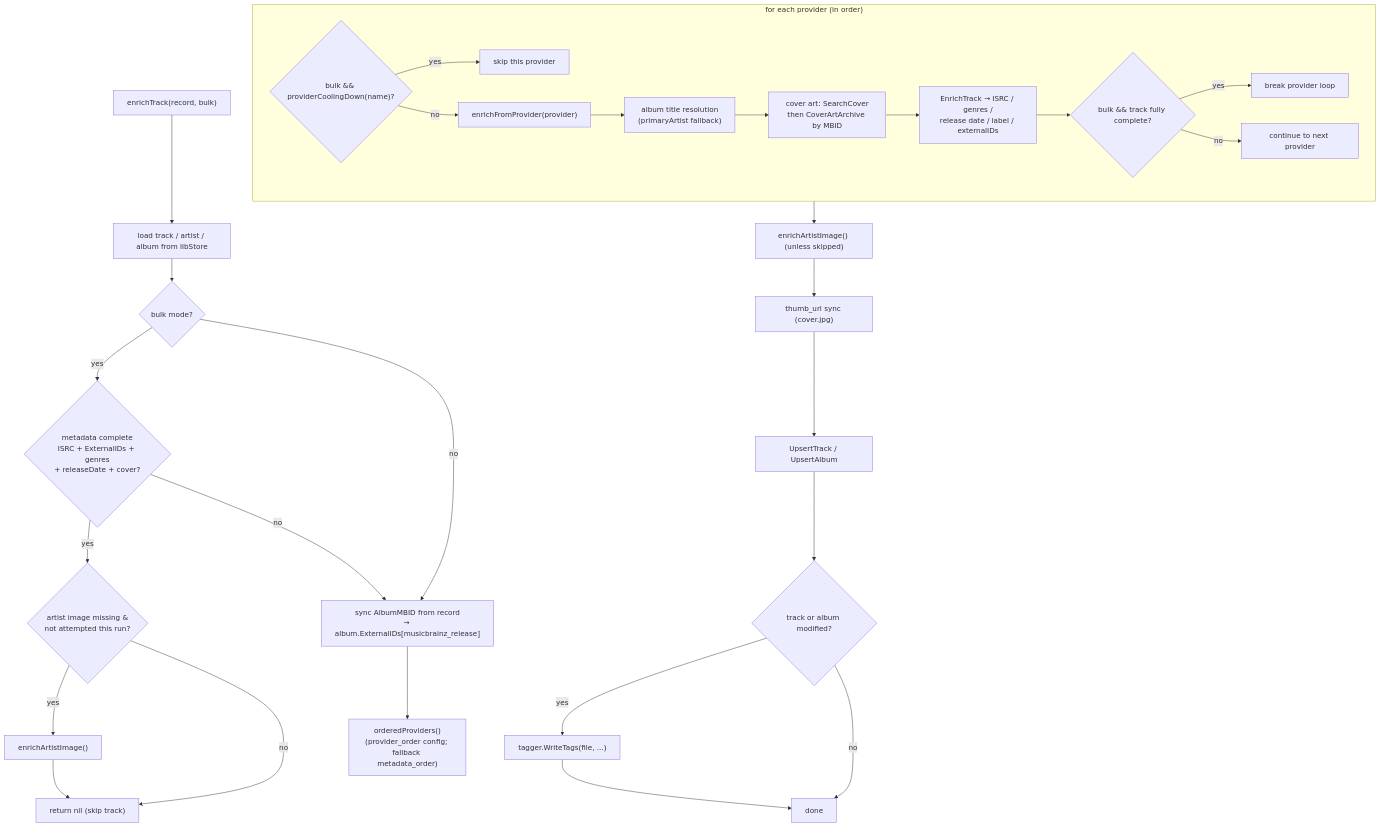
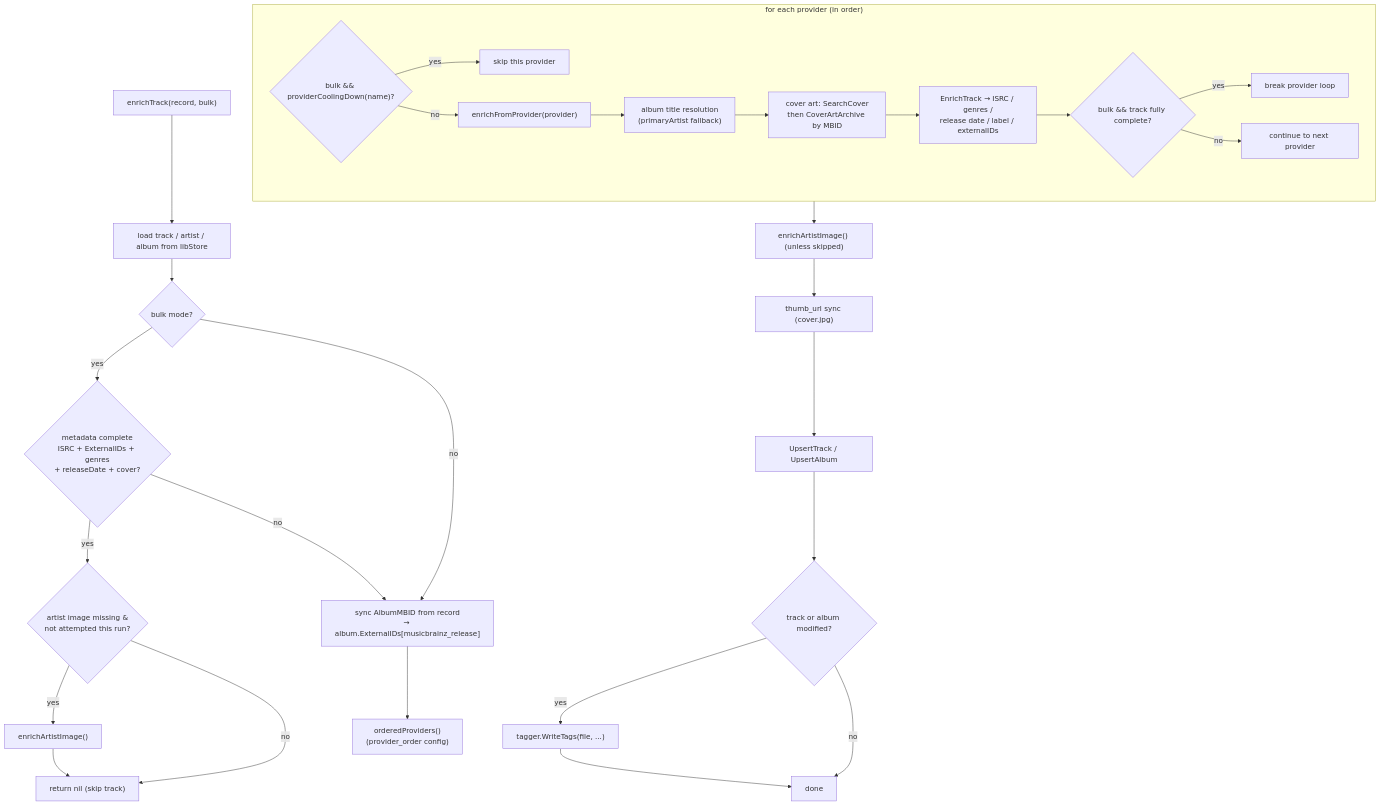
Before and after one commit to ramonskie/groovearr: the first of 2 diagrams in docs/flows/metadata-enrichment.md, drawn with Mermaid. The commit also changed other lines of this file and 31 other files, not shown here.

First line of the commit message:
feat(tracking): auto-acquire wanted albums; unify provider_order

````diff
--- a/docs/flows/metadata-enrichment.md
+++ b/docs/flows/metadata-enrichment.md
@@ -14,35 +14,35 @@
 ```mermaid
 flowchart TD
     ENTER["enrichTrack(record, bulk)"] --> LOAD["load track / artist / album from libStore"]
 
     LOAD --> BULK{"bulk mode?"}
     BULK -- yes --> BK1{"metadata complete<br/>ISRC + ExternalIDs + genres<br/>+ releaseDate + cover?"}
     BK1 -- yes --> BK2{"artist image missing &<br/>not attempted this run?"}
     BK2 -- yes --> BK3["enrichArtistImage()"]
     BK2 -- no --> SKIP["return nil (skip track)"]
     BK3 --> SKIP
     BK1 -- no --> P
     BULK -- no --> P
 
-    P["sync AlbumMBID from record<br/>→ album.ExternalIDs[musicbrainz_release]"] --> ORD["orderedProviders()<br/>(provider_order config; fallback metadata_order)"]
+    P["sync AlbumMBID from record<br/>→ album.ExternalIDs[musicbrainz_release]"] --> ORD["orderedProviders()<br/>(provider_order config)"]
 
     subgraph PROV["for each provider (in order)"]
         PO{"bulk && providerCoolingDown(name)?"}
         PO -- yes --> PSKIP["skip this provider"]
         PO -- no --> P1["enrichFromProvider(provider)"]
         P1 --> P1A["album title resolution<br/>(primaryArtist fallback)"]
         P1A --> P1B["cover art: SearchCover<br/>then CoverArtArchive by MBID"]
         P1B --> P1C["EnrichTrack → ISRC / genres /<br/>release date / label / externalIDs"]
         P1C --> P1D{"bulk && track fully complete?"}
         P1D -- yes --> PBREAK["break provider loop"]
         P1D -- no --> P1E["continue to next provider"]
     end
 
     PROV --> IMG["enrichArtistImage() (unless skipped)"]
     IMG --> THUMB["thumb_url sync (cover.jpg)"]
     THUMB --> PERSIST["UpsertTrack / UpsertAlbum"]
     PERSIST --> RETAG{"track or album modified?"}
     RETAG -- yes --> TAGS["tagger.WriteTags(file, ...)"]
     RETAG -- no --> DONE
     TAGS --> DONE["done"]
 ```
````
